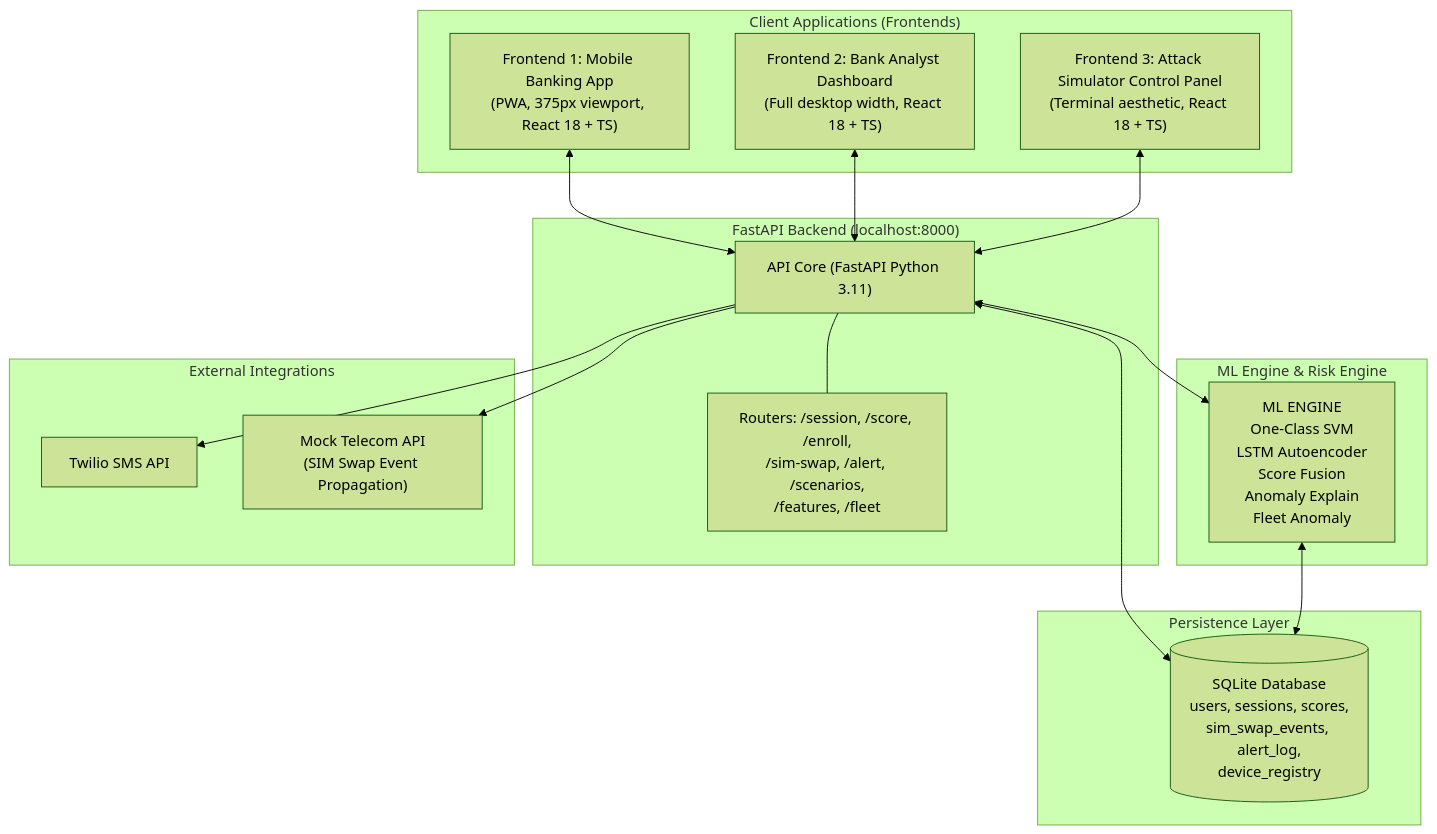
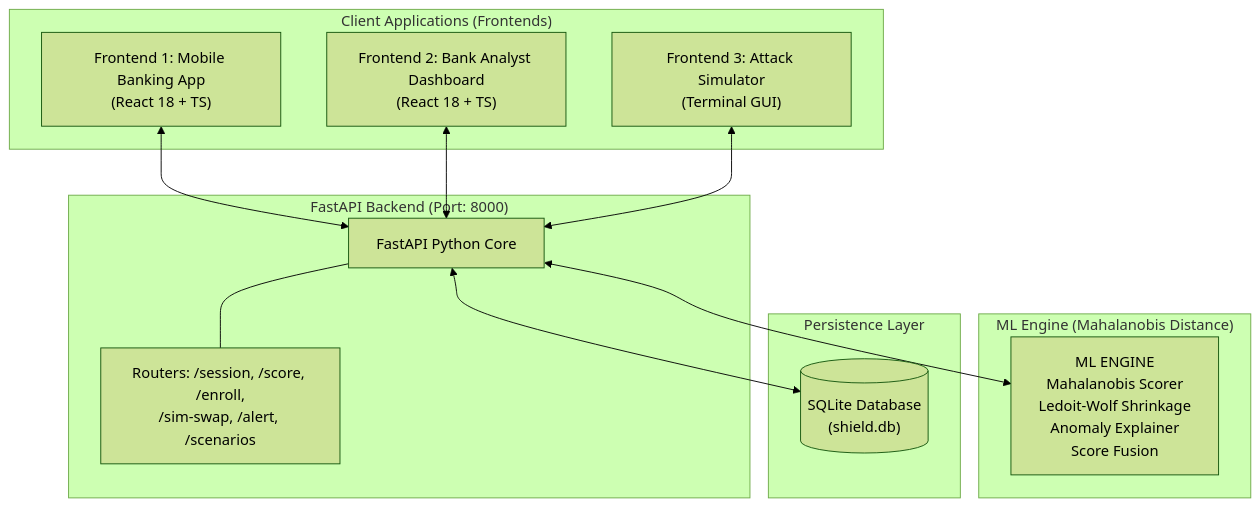
One commit to manwtdf/SHIELD changed the diagram in readme.md. Above: the diagram before and after it, drawn with Mermaid (forest theme). The commit also changed other lines of this file and 50 other files, not shown here.

Commit message:
refactor: decouple anomaly explainer from model loading and expand feature explanation templates

````diff
--- a/readme.md
+++ b/readme.md
@@ -17,44 +19,28 @@
 ```mermaid
 graph TD
-    %% Client Application Layer
     subgraph Client ["Client Applications (Frontends)"]
-        F1["Frontend 1: Mobile Banking App<br/>(PWA, 375px viewport, React 18 + TS)"]
-        F2["Frontend 2: Bank Analyst Dashboard<br/>(Full desktop width, React 18 + TS)"]
-        F3["Frontend 3: Attack Simulator Control Panel<br/>(Terminal aesthetic, React 18 + TS)"]
+        F1["Frontend 1: Mobile Banking App<br/>(React 18 + TS)"]
+        F2["Frontend 2: Bank Analyst Dashboard<br/>(React 18 + TS)"]
+        F3["Frontend 3: Attack Simulator<br/>(Terminal GUI)"]
     end
 
-    %% Backend Server Layer
-    subgraph Backend ["FastAPI Backend (localhost:8000)"]
-        API["API Core (FastAPI Python 3.11)"]
-        Routes["Routers: /session, /score, /enroll,<br/>/sim-swap, /alert, /scenarios,<br/>/features, /fleet"]
+    subgraph Backend ["FastAPI Backend (Port: 8000)"]
+        API["FastAPI Python Core"]
+        Routes["Routers: /session, /score, /enroll,<br/>/sim-swap, /alert, /scenarios"]
         API --- Routes
     end
 
-    %% Security Engine Layer
-    subgraph Engine ["ML Engine & Risk Engine"]
-        ML["ML ENGINE<br/>One-Class SVM<br/>LSTM Autoencoder<br/>Score Fusion<br/>Anomaly Explain<br/>Fleet Anomaly"]
+    subgraph Engine ["ML Engine (Mahalanobis Distance)"]
+        ML["ML ENGINE<br/>Mahalanobis Scorer<br/>Ledoit-Wolf Shrinkage<br/>Anomaly Explainer<br/>Score Fusion"]
     end
 
-    %% Storage Layer
     subgraph Storage ["Persistence Layer"]
-        DB[("SQLite Database<br/>users, sessions, scores,<br/>sim_swap_events, alert_log,<br/>device_registry")]
+        DB[("SQLite Database<br/>(shield.db)")]
     end
 
-    %% External Connectivity Layer
-    subgraph External ["External Integrations"]
-        Twilio["Twilio SMS API"]
-        Telecom["Mock Telecom API<br/>(SIM Swap Event Propagation)"]
-    end
-
-    %% Key Data Flows
     F1 <--> API
     F2 <--> API
     F3 <--> API
-
     API <--> ML
     API <--> DB
-    ML <--> DB
-
-    API --> Twilio
-    API --> Telecom
 ```
````
